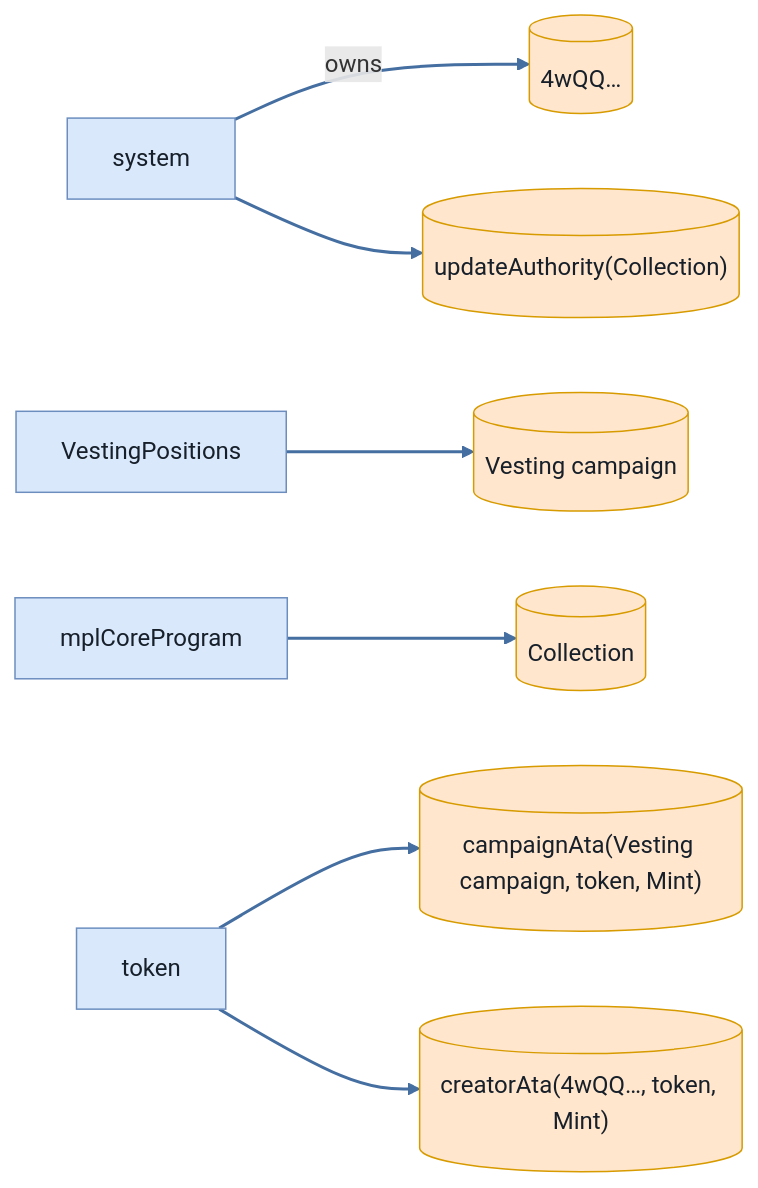
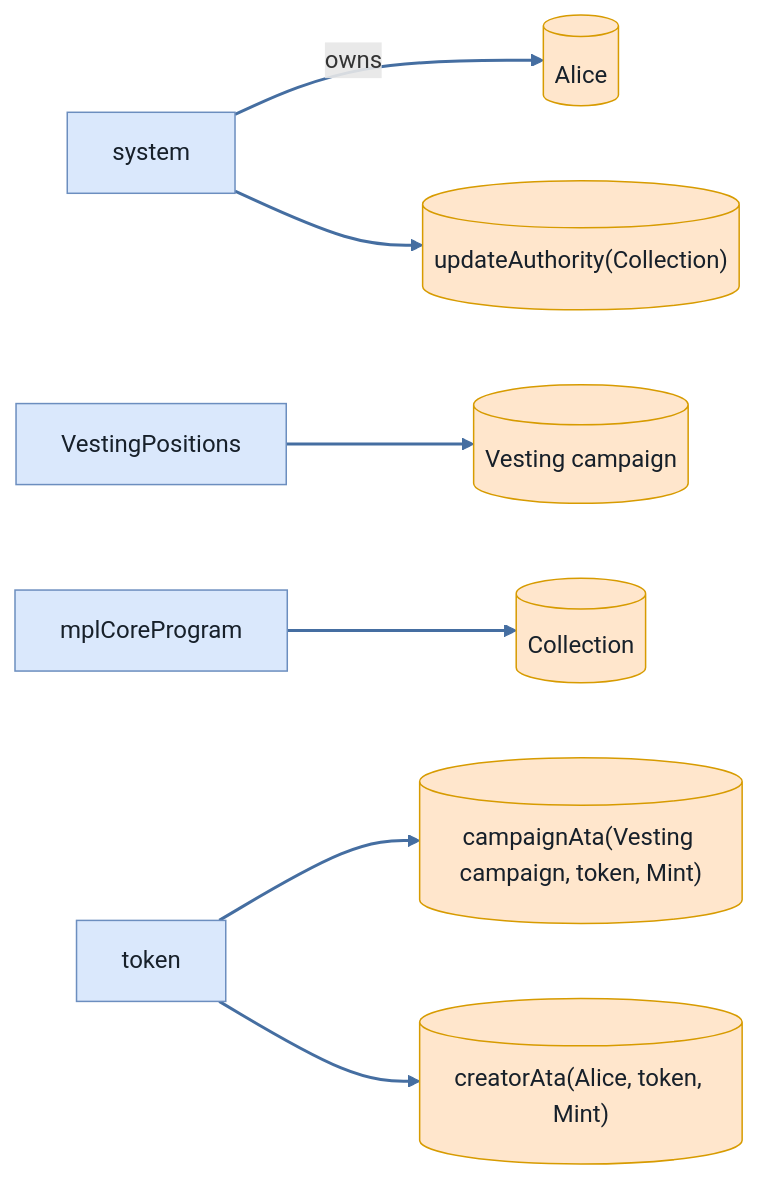
One commit to cds-turbin3/vesting-position changed the sixth of 6 diagrams in babelfish-tests/test-report/cancel_campaign_requires_creator.md. Above: the diagram before and after it, drawn with Mermaid. The commit also changed other lines of this file and 104 other files, not shown here.

````diff
--- a/babelfish-tests/test-report/cancel_campaign_requires_creator.md
+++ b/babelfish-tests/test-report/cancel_campaign_requires_creator.md
@@ -271,23 +273,23 @@
 ```mermaid
 flowchart LR
     system["system"]:::program
-    n4wQQ[("4wQQ…")]:::state
+    Alice[("Alice")]:::state
     VestingPositions["VestingPositions"]:::program
     Vestingcampaign[("Vesting campaign")]:::state
     mplCoreProgram["mplCoreProgram"]:::program
     Collection[("Collection")]:::state
     updateAuthorityCollection[("updateAuthority(Collection)")]:::state
     token["token"]:::program
     campaignAtaVestingcampaigntokenMint[("campaignAta(Vesting campaign, token, Mint)")]:::state
-    creatorAta4wQQtokenMint[("creatorAta(4wQQ…, token, Mint)")]:::state
-    system -->|owns| n4wQQ
+    creatorAtaAlicetokenMint[("creatorAta(Alice, token, Mint)")]:::state
+    system -->|owns| Alice
     VestingPositions --> Vestingcampaign
     mplCoreProgram --> Collection
     system --> updateAuthorityCollection
     token --> campaignAtaVestingcampaigntokenMint
-    token --> creatorAta4wQQtokenMint
+    token --> creatorAtaAlicetokenMint
     classDef program fill:#dae8fc,stroke:#6c8ebf,color:#17202a;
     classDef signer fill:#d5e8d4,stroke:#82b366,color:#17202a;
     classDef state fill:#ffe6cc,stroke:#d79b00,color:#17202a;
     linkStyle 0,1,2,3,4,5 stroke:#456ea1,stroke-width:2px
 ```
````
